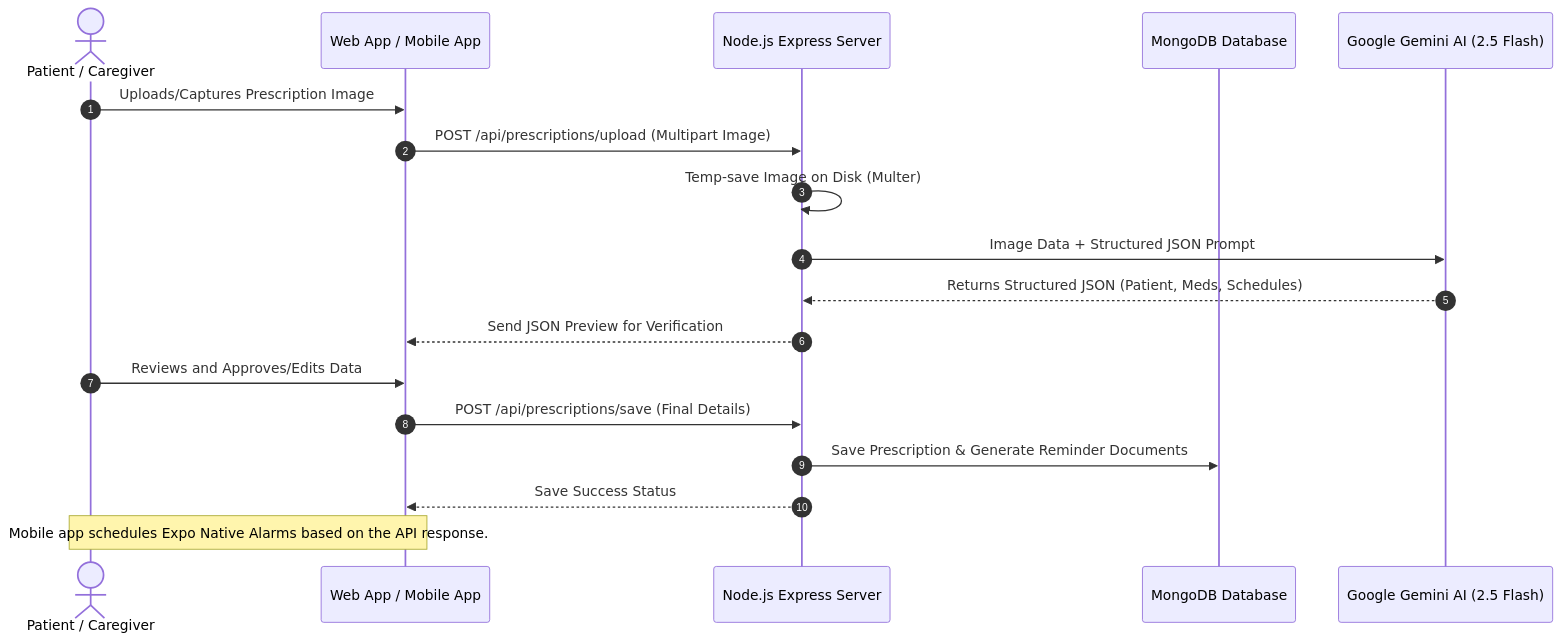
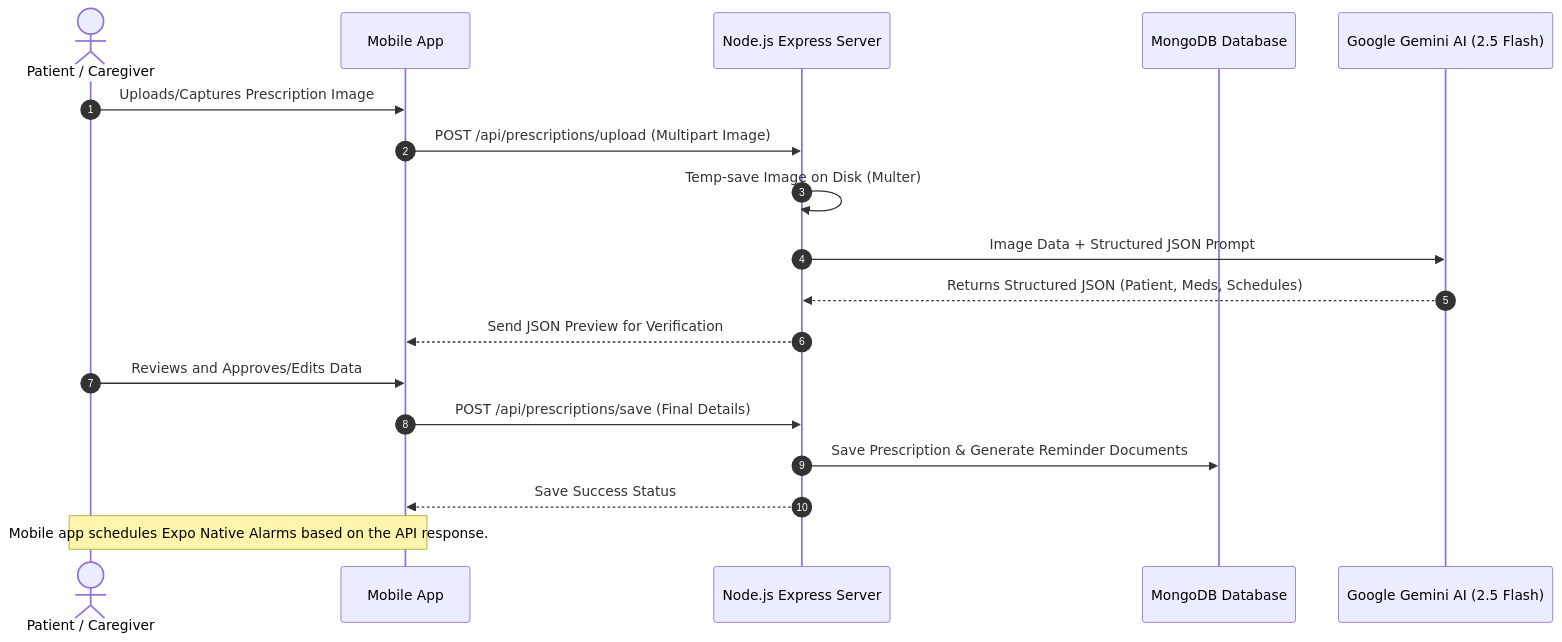
The diagram in README.md (mohitm08/MEDTECH), drawn with Mermaid before and after one commit. The commit also changed other lines of this file and 20 other files, not shown here.

````diff
--- a/README.md
+++ b/README.md
@@ -41,21 +38,21 @@
 ```mermaid
 sequenceDiagram
     autonumber
     actor User as Patient / Caregiver
-    participant Client as Web App / Mobile App
+    participant Client as Mobile App
     participant Server as Node.js Express Server
     participant DB as MongoDB Database
     participant Gemini as Google Gemini AI (2.5 Flash)
 
     User->>Client: Uploads/Captures Prescription Image
     Client->>Server: POST /api/prescriptions/upload (Multipart Image)
     Server->>Server: Temp-save Image on Disk (Multer)
     Server->>Gemini: Image Data + Structured JSON Prompt
     Gemini-->>Server: Returns Structured JSON (Patient, Meds, Schedules)
     Server-->>Client: Send JSON Preview for Verification
     User->>Client: Reviews and Approves/Edits Data
     Client->>Server: POST /api/prescriptions/save (Final Details)
     Server->>DB: Save Prescription & Generate Reminder Documents
     Server-->>Client: Save Success Status
     Note over Client, User: Mobile app schedules Expo Native Alarms based on the API response.
 ```
````
